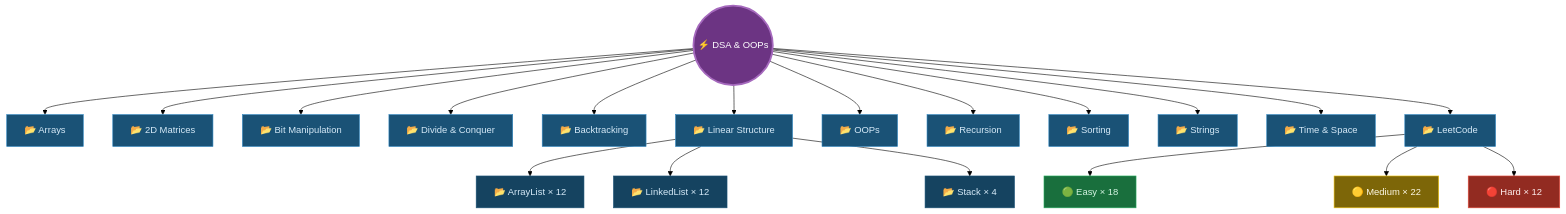
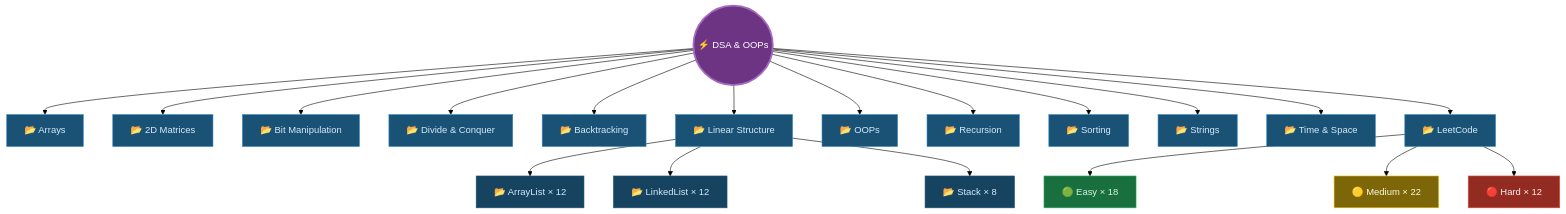
The second of 2 diagrams in README.md (raghuvanshi-sec/DSA), drawn with Mermaid (forest theme) before and after one commit. The commit also changed other lines of this file and 20 other files, not shown here.

````diff
--- a/README.md
+++ b/README.md
@@ -81,45 +81,45 @@
 ```mermaid
     flowchart TD
     R(("⚡ DSA & OOPs"))
 
     R --> A["📂 Arrays"]
     R --> M["📂 2D Matrices"]
     R --> B["📂 Bit Manipulation"]
     R --> DC["📂 Divide & Conquer"]
     R --> BK["📂 Backtracking"]
     R --> LS["📂 Linear Structure"]
     R --> O["📂 OOPs"]
     R --> REC["📂 Recursion"]
     R --> S["📂 Sorting"]
     R --> ST["📂 Strings"]
     R --> TS["📂 Time & Space"]
     R --> LC["📂 LeetCode"]
 
     LS --> AL["📂 ArrayList × 12"]
     LS --> LL["📂 LinkedList × 12"]
-    LS --> STK["📂 Stack × 4"]
+    LS --> STK["📂 Stack × 8"]
 
     LC --> E["🟢 Easy × 18"]
     LC --> MD["🟡 Medium × 22"]
     LC --> H["🔴 Hard × 12"]
 
     style R fill:#6c3483,stroke:#a569bd,stroke-width:3px,color:#fff
     style A fill:#1a5276,stroke:#2e86c1,color:#d6eaf8
     style M fill:#1a5276,stroke:#2e86c1,color:#d6eaf8
     style B fill:#1a5276,stroke:#2e86c1,color:#d6eaf8
     style DC fill:#1a5276,stroke:#2e86c1,color:#d6eaf8
     style BK fill:#1a5276,stroke:#2e86c1,color:#d6eaf8
     style LS fill:#1a5276,stroke:#2e86c1,color:#d6eaf8
     style AL fill:#154360,stroke:#1a5276,color:#d6eaf8
     style LL fill:#154360,stroke:#1a5276,color:#d6eaf8
     style STK fill:#154360,stroke:#1a5276,color:#d6eaf8
     style O fill:#1a5276,stroke:#2e86c1,color:#d6eaf8
     style REC fill:#1a5276,stroke:#2e86c1,color:#d6eaf8
     style S fill:#1a5276,stroke:#2e86c1,color:#d6eaf8
     style ST fill:#1a5276,stroke:#2e86c1,color:#d6eaf8
     style TS fill:#1a5276,stroke:#2e86c1,color:#d6eaf8
     style LC fill:#1a5276,stroke:#2e86c1,color:#d6eaf8
     style E fill:#196f3d,stroke:#27ae60,color:#d5f5e3
     style MD fill:#7d6608,stroke:#f1c40f,color:#fef9e7
     style H fill:#922b21,stroke:#e74c3c,color:#fdedec
 ```
````
